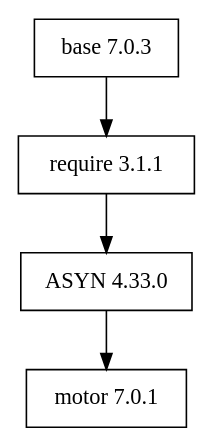
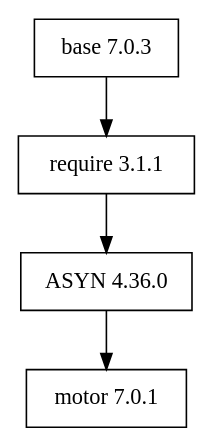
One commit to icshwi/e3-motor changed the diagram in docs/motor.gv. Above: the diagram before and after it, drawn with Graphviz. The commit also changed 2 other files, not shown here.

Commit message:
asyn 4.36 integration

```diff
--- a/docs/motor.gv
+++ b/docs/motor.gv
@@ -1,8 +1,8 @@
 digraph motor {
 node [shape=record];
 base [label="base 7.0.3"]
 require [label="require 3.1.1"]
-ASYN [label="ASYN 4.33.0"]
+ASYN [label="ASYN 4.36.0"]
 motor [label="motor 7.0.1"]
 base -> require -> { ASYN } ->  {  motor  } 
 } 
```
